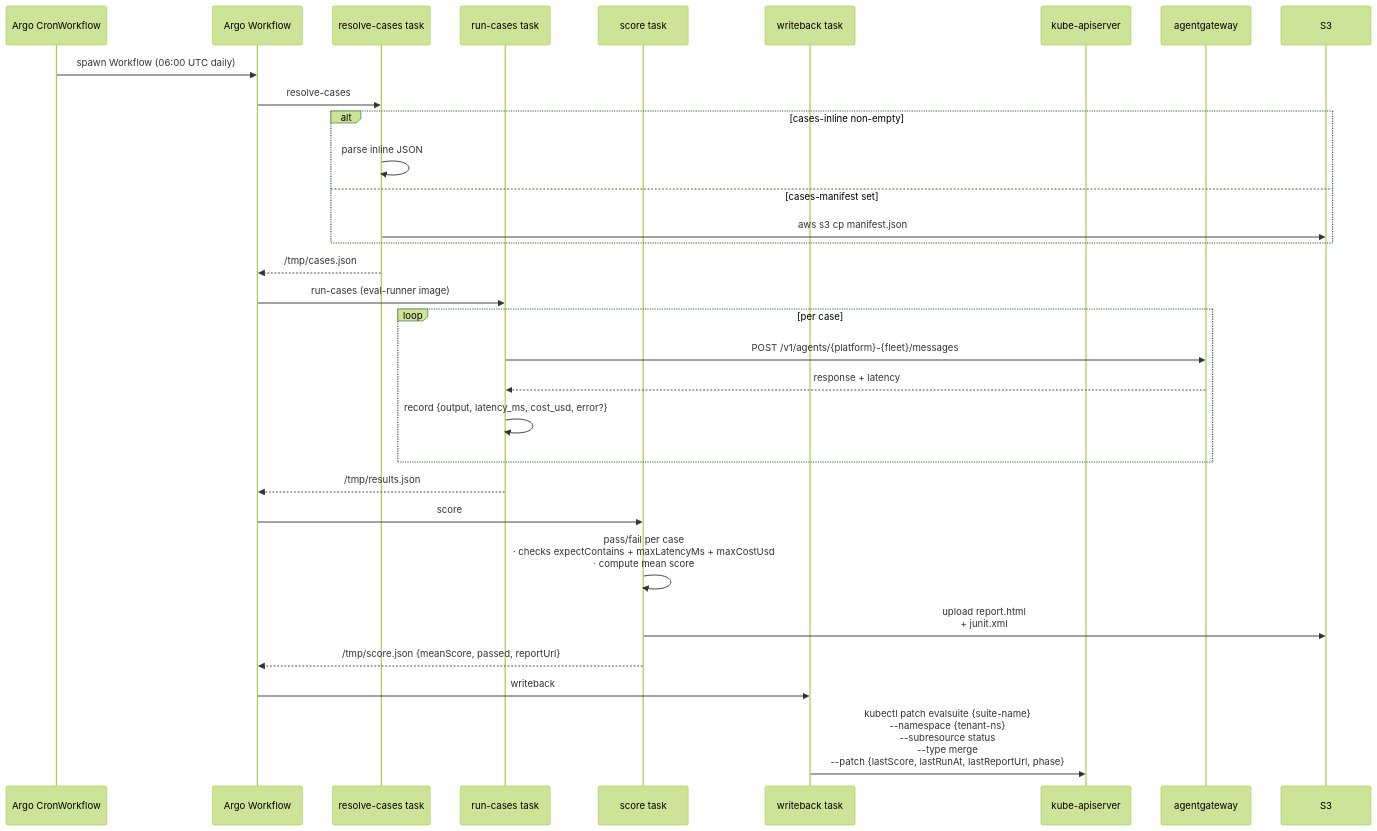
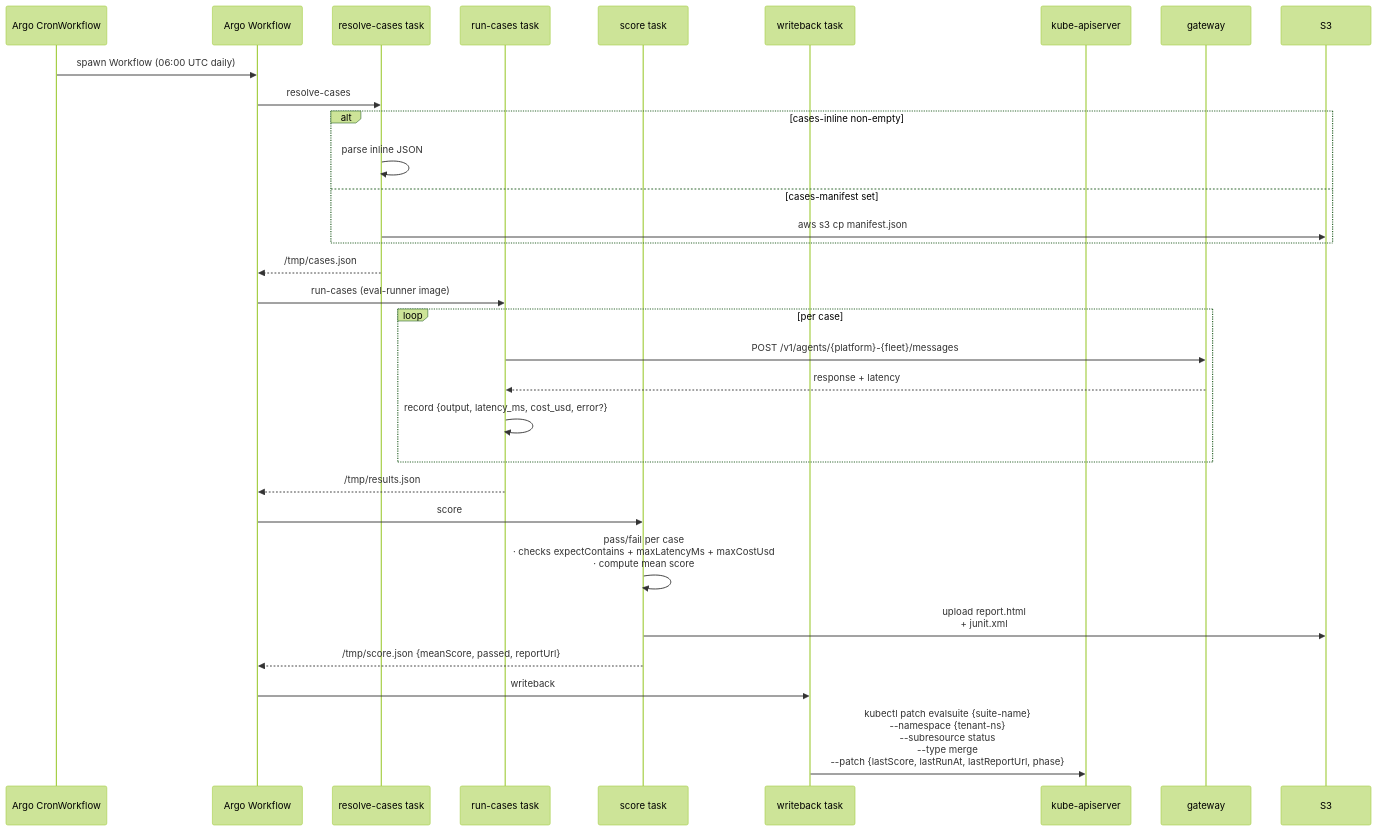
Before and after one commit to nanohype/eks-agent-platform: the second of 3 diagrams in docs/architecture/eval-gating-flow.md, drawn with Mermaid (forest theme). The commit also changed 20 other files, not shown here.

````diff
--- a/docs/architecture/eval-gating-flow.md
+++ b/docs/architecture/eval-gating-flow.md
@@ -24,37 +24,37 @@
 ```mermaid
 sequenceDiagram
   participant Cron as Argo CronWorkflow
   participant WF as Argo Workflow
   participant RC as resolve-cases task
   participant RN as run-cases task
   participant Score as score task
   participant WB as writeback task
   participant K8s as kube-apiserver
-  participant AGW as agentgateway
+  participant AGW as gateway
   participant S3
 
   Cron->>WF: spawn Workflow (06:00 UTC daily)
   WF->>RC: resolve-cases
   alt cases-inline non-empty
     RC->>RC: parse inline JSON
   else cases-manifest set
     RC->>S3: aws s3 cp manifest.json
   end
   RC-->>WF: /tmp/cases.json
 
   WF->>RN: run-cases (eval-runner image)
   loop per case
     RN->>AGW: POST /v1/agents/{platform}-{fleet}/messages
     AGW-->>RN: response + latency
     RN->>RN: record {output, latency_ms, cost_usd, error?}
   end
   RN-->>WF: /tmp/results.json
 
   WF->>Score: score
   Score->>Score: pass/fail per case<br/>· checks expectContains + maxLatencyMs + maxCostUsd<br/>· compute mean score
   Score->>S3: upload report.html<br/>+ junit.xml
   Score-->>WF: /tmp/score.json {meanScore, passed, reportUrl}
 
   WF->>WB: writeback
   WB->>K8s: kubectl patch evalsuite {suite-name}<br/>--namespace {tenant-ns}<br/>--subresource status<br/>--type merge<br/>--patch {lastScore, lastRunAt, lastReportUrl, phase}
 ```
````
